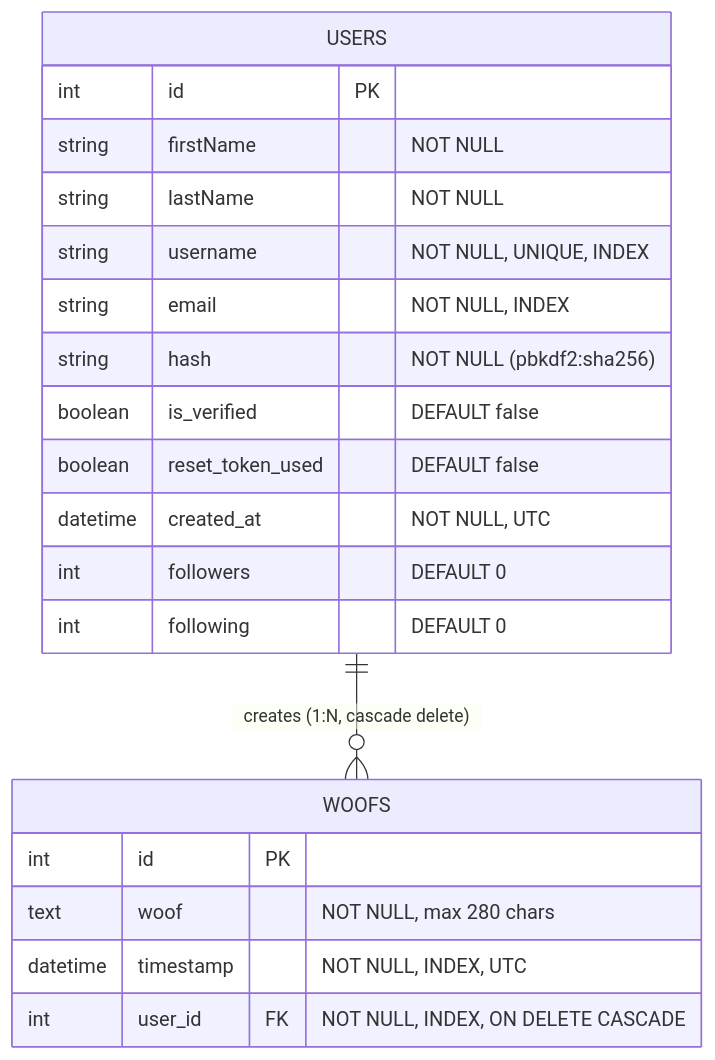
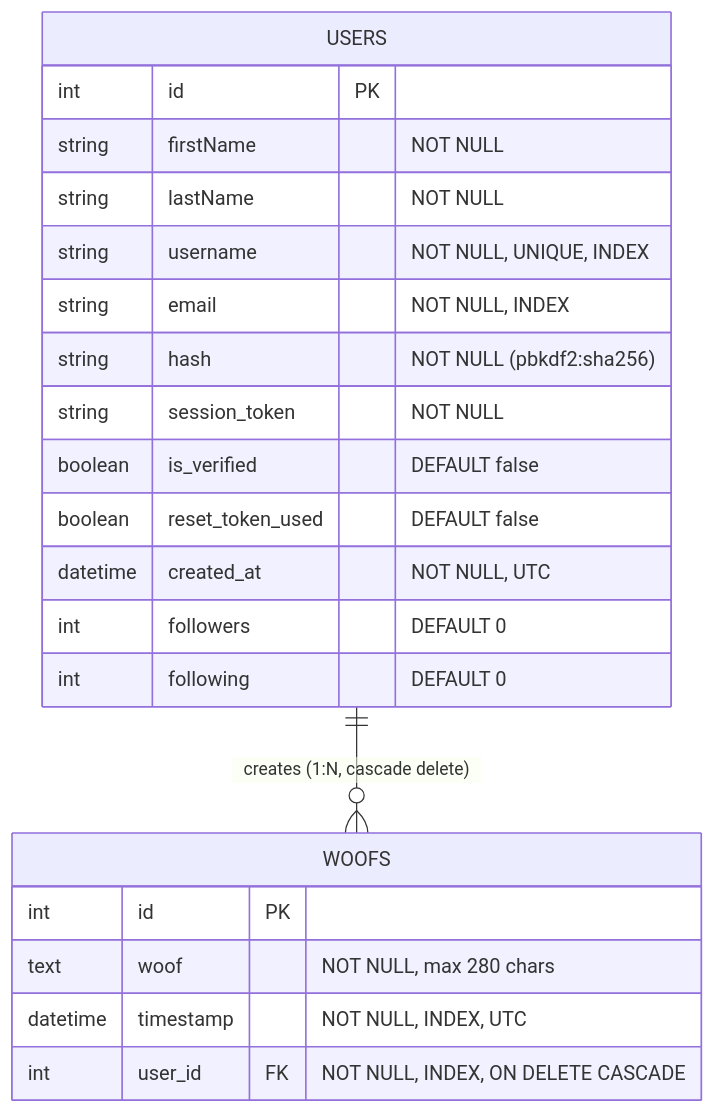
One commit to ChaitanyaShah21/Woofer changed the second of 2 diagrams in README.md. Above: the diagram before and after it, drawn with Mermaid. The commit also changed other lines of this file, not shown here.

Commit message:
docs: update README with rate limiting, session invalidation, pool tuning, and gunicorn configuration

````diff
--- a/README.md
+++ b/README.md
@@ -62,25 +62,26 @@
 ```mermaid
 erDiagram
     USERS ||--o{ WOOFS : "creates (1:N, cascade delete)"
 
     USERS {
         int id PK
         string firstName "NOT NULL"
         string lastName "NOT NULL"
         string username "NOT NULL, UNIQUE, INDEX"
         string email "NOT NULL, INDEX"
         string hash "NOT NULL (pbkdf2:sha256)"
+        string session_token "NOT NULL"
         boolean is_verified "DEFAULT false"
         boolean reset_token_used "DEFAULT false"
         datetime created_at "NOT NULL, UTC"
         int followers "DEFAULT 0"
         int following "DEFAULT 0"
     }
 
     WOOFS {
         int id PK
         text woof "NOT NULL, max 280 chars"
         datetime timestamp "NOT NULL, INDEX, UTC"
         int user_id FK "NOT NULL, INDEX, ON DELETE CASCADE"
     }
 ```
````
